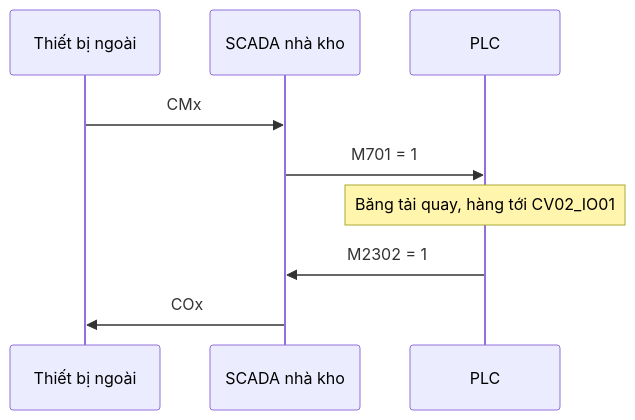
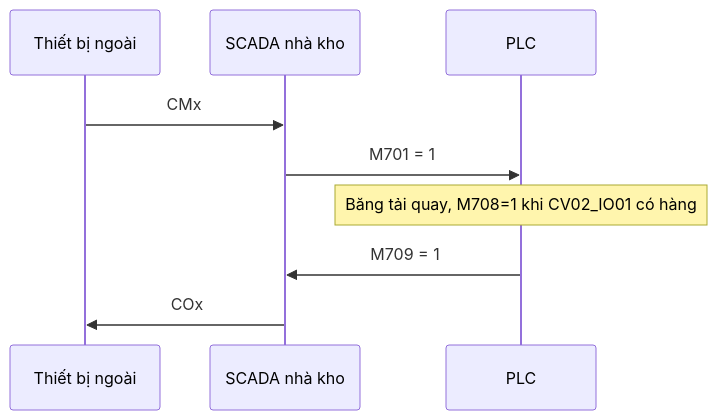
The first of 3 diagrams in SmartWarehouseManagermentSystem/docs/TAI_LIEU_HE_THONG.md (trananh26/MECA2026), drawn with Mermaid before and after one commit. The commit also changed other lines of this file and 6 other files, not shown here.

````diff
--- a/SmartWarehouseManagermentSystem/docs/TAI_LIEU_HE_THONG.md
+++ b/SmartWarehouseManagermentSystem/docs/TAI_LIEU_HE_THONG.md
@@ -75,12 +75,12 @@
 ```mermaid
 sequenceDiagram
     participant Ext as Thiết bị ngoài
     participant SWM as SCADA nhà kho
     participant PLC as PLC
 
     Ext->>SWM: CMx
     SWM->>PLC: M701 = 1
-    Note over PLC: Băng tải quay, hàng tới CV02_IO01
-    PLC->>SWM: M2302 = 1
+    Note over PLC: Băng tải quay, M708=1 khi CV02_IO01 có hàng
+    PLC->>SWM: M709 = 1
     SWM->>Ext: COx
 ```
````
